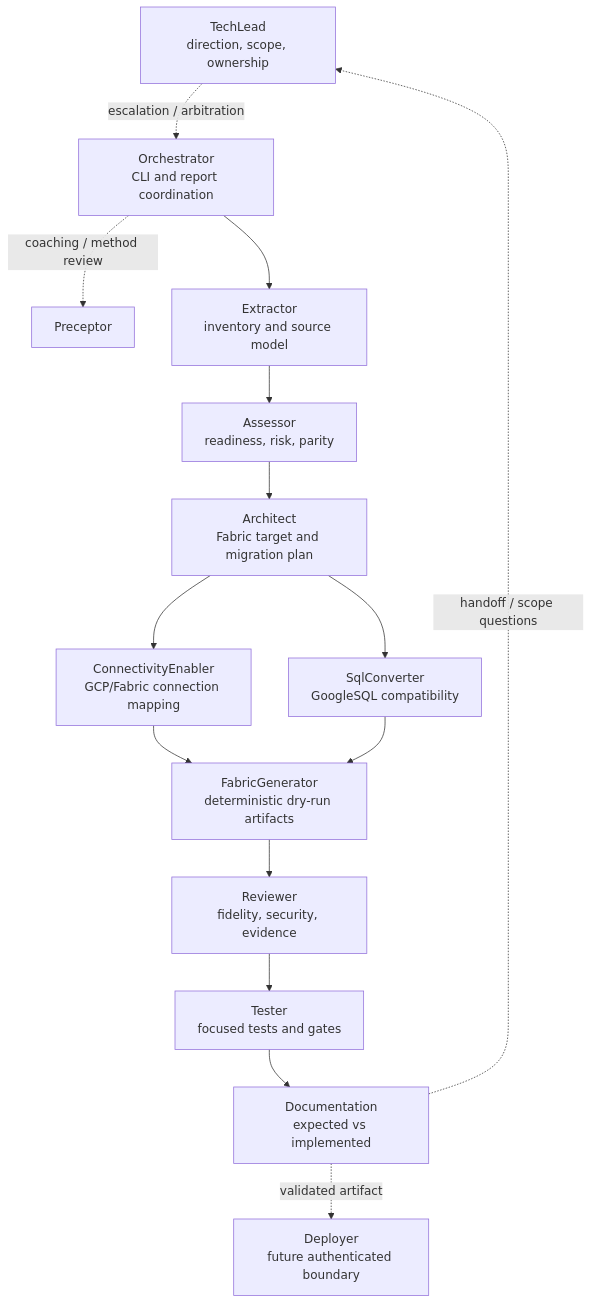
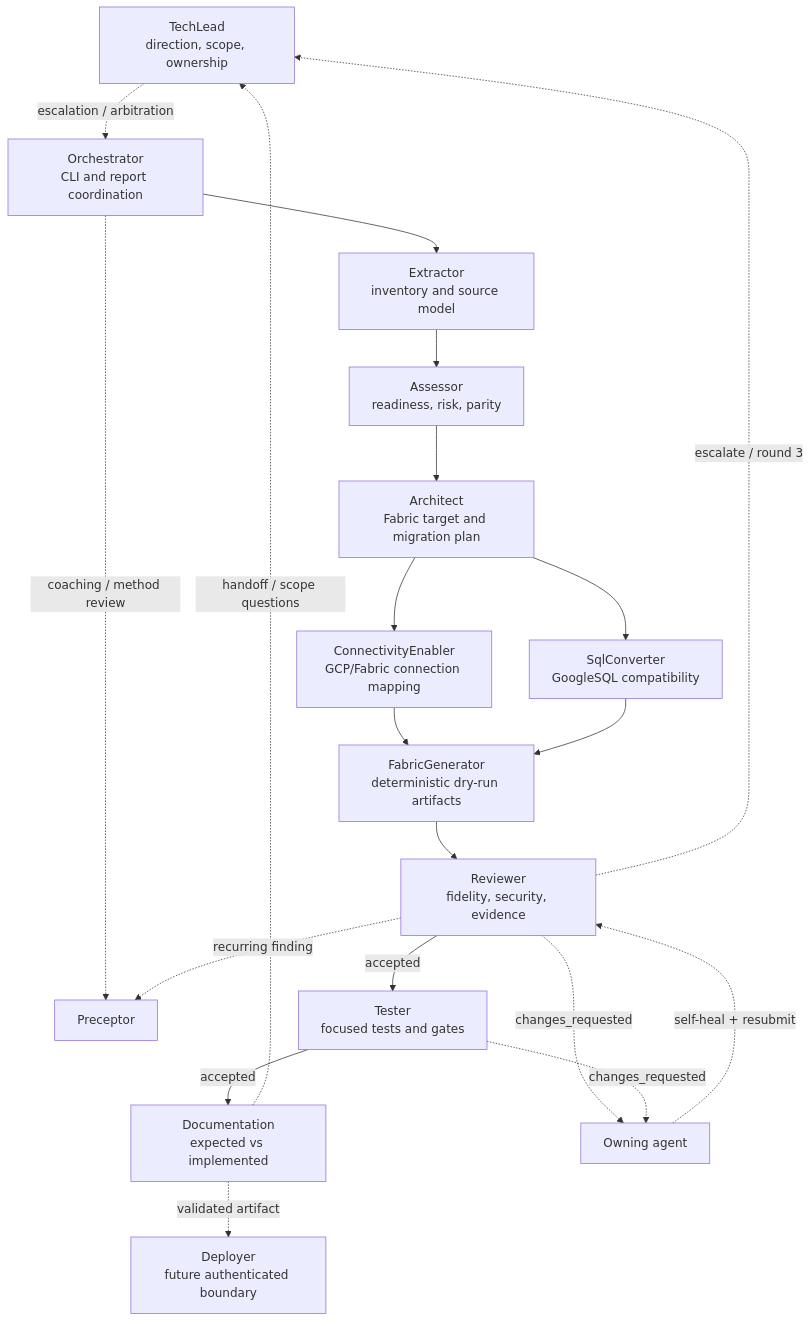
One commit to cyphou/BigQueryToFabric changed the first of 2 diagrams in docs/AGENT_WORKFLOW.md. Above: the diagram before and after it, drawn with Mermaid. The commit also changed other lines of this file and 18 other files, not shown here.

First line of the commit message:
Add agent feedback loop with verdict schema, review ledger, and bounded self-healing

````diff
--- a/docs/AGENT_WORKFLOW.md
+++ b/docs/AGENT_WORKFLOW.md
@@ -5,17 +5,22 @@
 ```mermaid
 flowchart TD
     TL[TechLead<br/>direction, scope, ownership] -. escalation / arbitration .-> O[Orchestrator<br/>CLI and report coordination]
     O -. coaching / method review .-> P[Preceptor]
     O --> E[Extractor<br/>inventory and source model]
     E --> A[Assessor<br/>readiness, risk, parity]
     A --> AR[Architect<br/>Fabric target and migration plan]
     AR --> CE[ConnectivityEnabler<br/>GCP/Fabric connection mapping]
     AR --> S[SqlConverter<br/>GoogleSQL compatibility]
     CE --> FG[FabricGenerator<br/>deterministic dry-run artifacts]
     S --> FG
     FG --> R[Reviewer<br/>fidelity, security, evidence]
-    R --> T[Tester<br/>focused tests and gates]
-    T --> D[Documentation<br/>expected vs implemented]
+    R -->|accepted| T[Tester<br/>focused tests and gates]
+    T -->|accepted| D[Documentation<br/>expected vs implemented]
+    R -. changes_requested .-> OWN[Owning agent]
+    T -. changes_requested .-> OWN
+    OWN -. self-heal + resubmit .-> R
+    R -. escalate / round 3 .-> TL
+    R -. recurring finding .-> P
     D -. handoff / scope questions .-> TL
     D -. validated artifact .-> DEP[Deployer<br/>future authenticated boundary]
 ```
````
